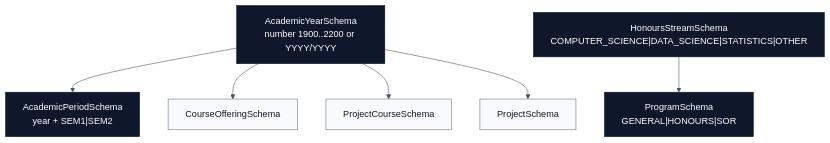
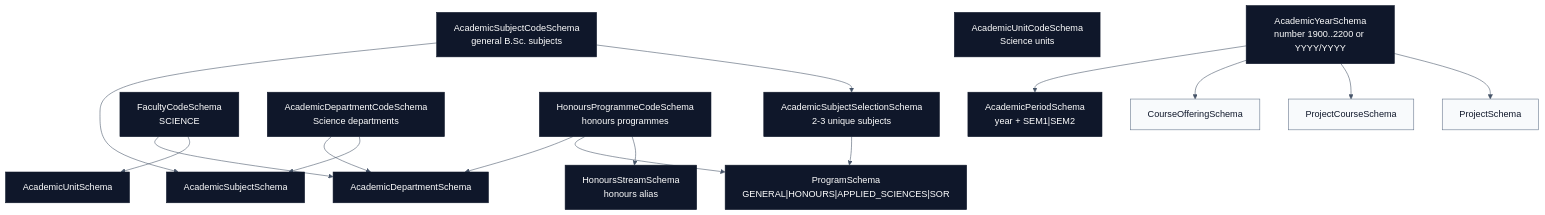
One commit to csc3213-2026-group-b/academic-domain-schemas changed the diagram in docs/academics.md. Above: the diagram before and after it, drawn with Mermaid. The commit also changed other lines of this file and 7 other files, not shown here.

Commit message:
feat: add science academic organization catalogue

````diff
--- a/docs/academics.md
+++ b/docs/academics.md
@@ -26,26 +39,44 @@
 ```mermaid
 %%{init: {"theme": "base", "themeVariables": {"primaryColor": "#f8fafc", "primaryTextColor": "#0f172a", "primaryBorderColor": "#64748b", "lineColor": "#475569"}}}%%
 flowchart TD
   AcademicYearSchema["AcademicYearSchema<br/>number 1900..2200 or YYYY/YYYY"]
   AcademicPeriodSchema["AcademicPeriodSchema<br/>year + SEM1|SEM2"]
-  HonoursStreamSchema["HonoursStreamSchema<br/>COMPUTER_SCIENCE|DATA_SCIENCE|STATISTICS|OTHER"]
-  ProgramSchema["ProgramSchema<br/>GENERAL|HONOURS|SOR"]
+  FacultyCodeSchema["FacultyCodeSchema<br/>SCIENCE"]
+  AcademicDepartmentCodeSchema["AcademicDepartmentCodeSchema<br/>Science departments"]
+  AcademicUnitCodeSchema["AcademicUnitCodeSchema<br/>Science units"]
+  HonoursProgrammeCodeSchema["HonoursProgrammeCodeSchema<br/>honours programmes"]
+  AcademicSubjectCodeSchema["AcademicSubjectCodeSchema<br/>general B.Sc. subjects"]
+  AcademicSubjectSelectionSchema["AcademicSubjectSelectionSchema<br/>2-3 unique subjects"]
+  AcademicDepartmentSchema["AcademicDepartmentSchema"]
+  AcademicUnitSchema["AcademicUnitSchema"]
+  AcademicSubjectSchema["AcademicSubjectSchema"]
+  HonoursStreamSchema["HonoursStreamSchema<br/>honours alias"]
+  ProgramSchema["ProgramSchema<br/>GENERAL|HONOURS|APPLIED_SCIENCES|SOR"]
   CourseOfferingSchema["CourseOfferingSchema"]
   ProjectCourseSchema["ProjectCourseSchema"]
   ProjectSchema["ProjectSchema"]
 
   AcademicYearSchema --> AcademicPeriodSchema
-  HonoursStreamSchema --> ProgramSchema
+  FacultyCodeSchema --> AcademicDepartmentSchema
+  FacultyCodeSchema --> AcademicUnitSchema
+  AcademicDepartmentCodeSchema --> AcademicDepartmentSchema
+  HonoursProgrammeCodeSchema --> AcademicDepartmentSchema
+  AcademicDepartmentCodeSchema --> AcademicSubjectSchema
+  AcademicSubjectCodeSchema --> AcademicSubjectSchema
+  AcademicSubjectCodeSchema --> AcademicSubjectSelectionSchema
+  AcademicSubjectSelectionSchema --> ProgramSchema
+  HonoursProgrammeCodeSchema --> ProgramSchema
+  HonoursProgrammeCodeSchema --> HonoursStreamSchema
   AcademicYearSchema --> CourseOfferingSchema
   AcademicYearSchema --> ProjectCourseSchema
   AcademicYearSchema --> ProjectSchema
 
   click CourseOfferingSchema "./courses.md" "Course offering docs"
   click ProjectCourseSchema "./projects.md" "Project docs"
   click ProjectSchema "./projects.md" "Project docs"
 
   classDef core fill:#0f172a,color:#ffffff,stroke:#0f172a
   classDef consumer fill:#f8fafc,color:#0f172a,stroke:#64748b
-  class AcademicYearSchema,AcademicPeriodSchema,HonoursStreamSchema,ProgramSchema core
+  class AcademicYearSchema,AcademicPeriodSchema,FacultyCodeSchema,AcademicDepartmentCodeSchema,AcademicUnitCodeSchema,HonoursProgrammeCodeSchema,AcademicSubjectCodeSchema,AcademicSubjectSelectionSchema,AcademicDepartmentSchema,AcademicUnitSchema,AcademicSubjectSchema,HonoursStreamSchema,ProgramSchema core
   class CourseOfferingSchema,ProjectCourseSchema,ProjectSchema consumer
 ```
````
